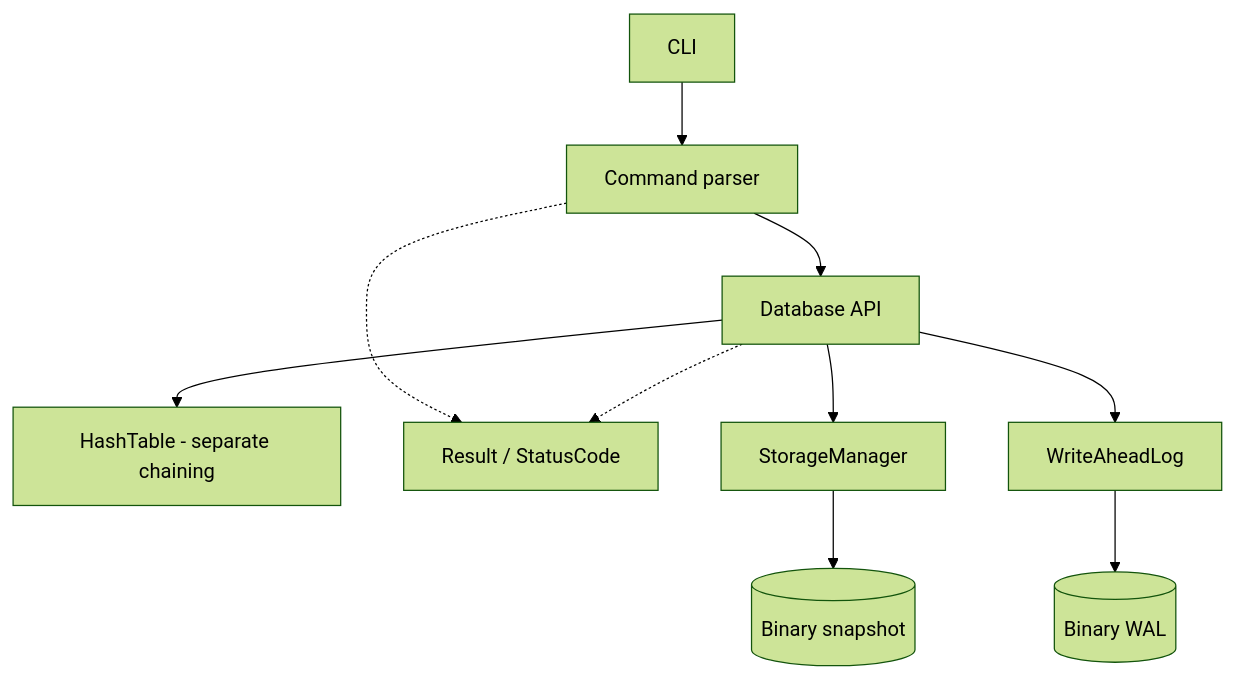
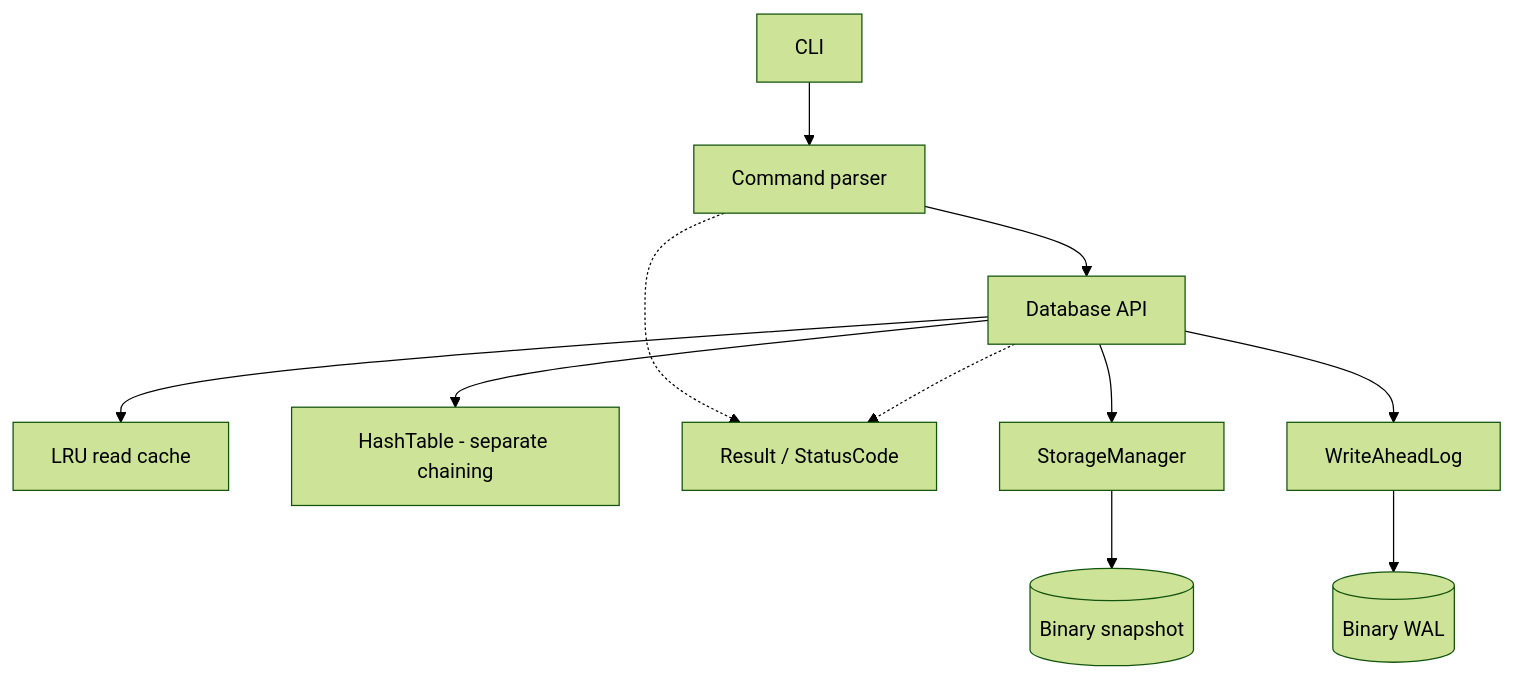
One commit to Aarya801/MiniDB changed the diagram in README.md. Above: the diagram before and after it, drawn with Mermaid (forest theme). The commit also changed other lines of this file and 9 other files, not shown here.

Commit message:
feat: add LRU cache and database integration

````diff
--- a/README.md
+++ b/README.md
@@ -188,16 +188,17 @@
 ```mermaid
 flowchart TD
     CLI[CLI] --> Parser[Command parser]
     Parser --> Database[Database API]
+    Database --> Cache[LRU read cache]
     Database --> HashTable[HashTable - separate chaining]
 
     Parser -.-> Result[Result / StatusCode]
     Database -.-> Result
 
     Database --> Storage[StorageManager]
     Storage --> Snapshot[(Binary snapshot)]
     Database --> WAL[WriteAheadLog]
     WAL --> Log[(Binary WAL)]
 
     classDef planned stroke-dasharray: 4 4
 ```
````
